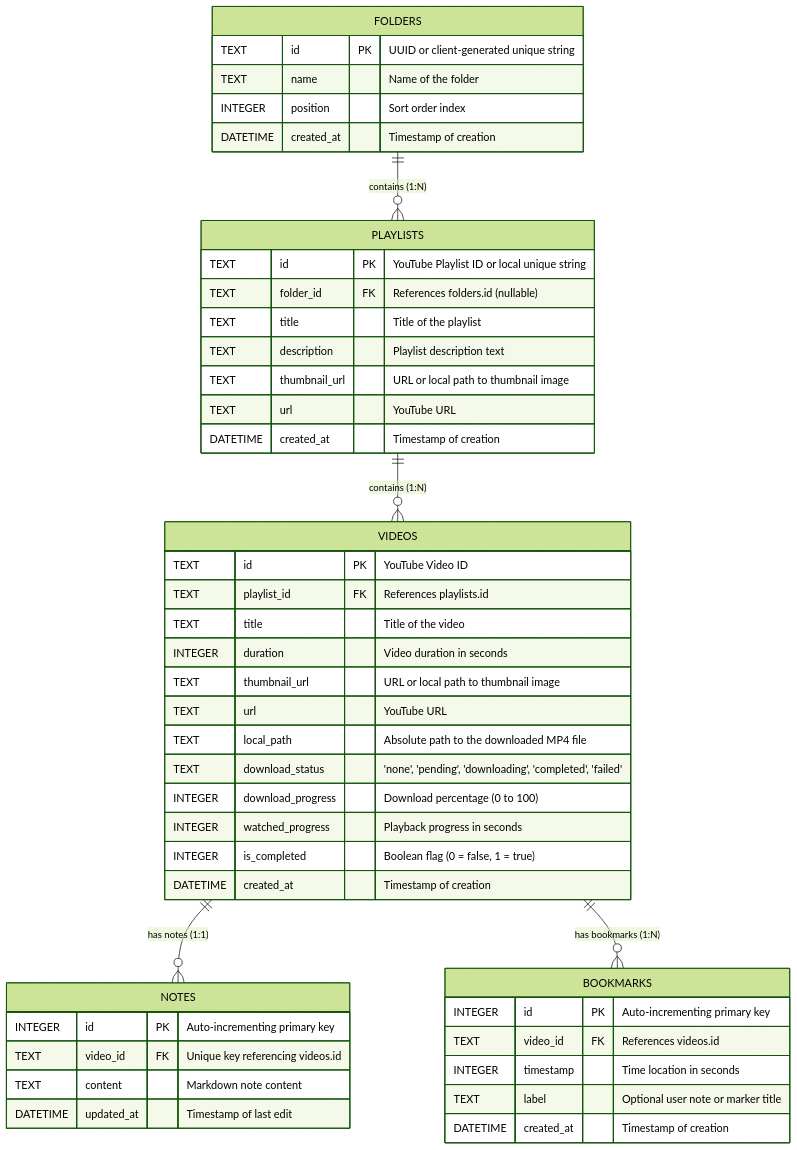
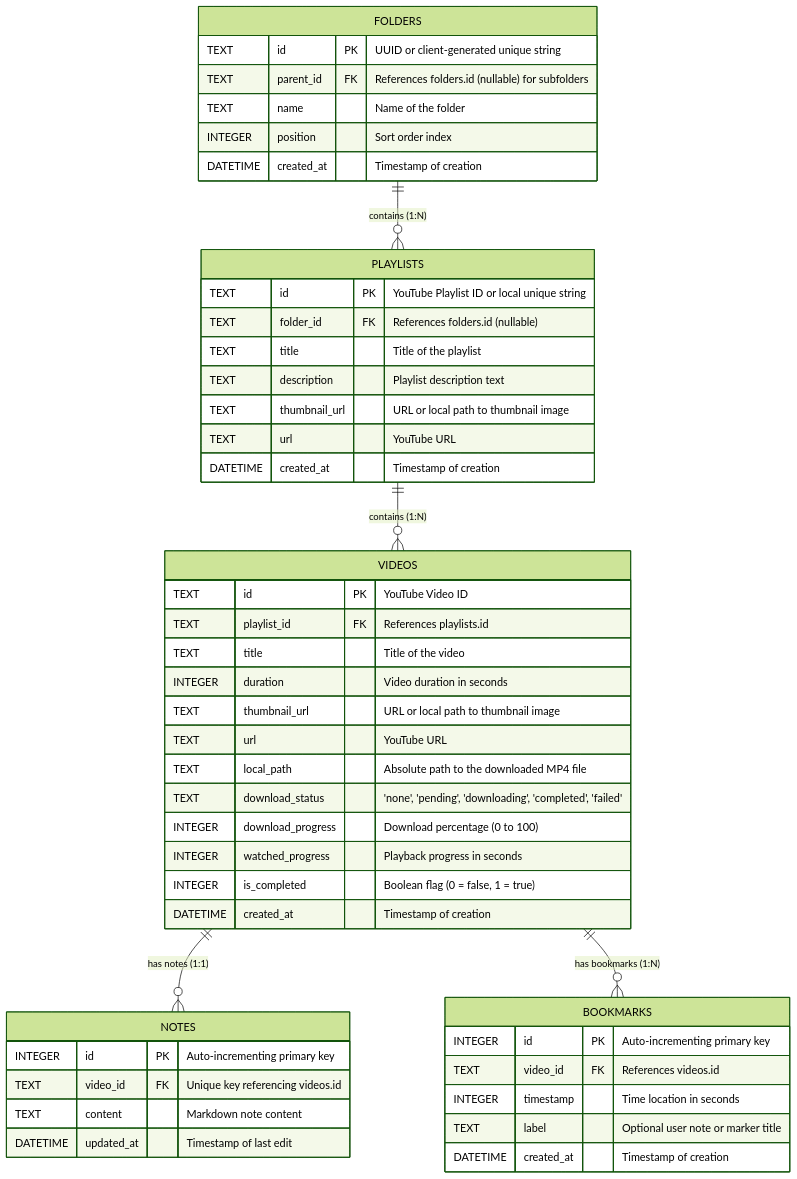
The diagram in docs/database_design.md (TheShahnawaaz/LecTura), drawn with Mermaid (forest theme) before and after one commit. The commit also changed other lines of this file and 7 other files, not shown here.

````diff
--- a/docs/database_design.md
+++ b/docs/database_design.md
@@ -21,54 +21,55 @@
 ```mermaid
 erDiagram
     FOLDERS ||--o{ PLAYLISTS : "contains (1:N)"
     PLAYLISTS ||--o{ VIDEOS : "contains (1:N)"
     VIDEOS ||--o{ NOTES : "has notes (1:1)"
     VIDEOS ||--o{ BOOKMARKS : "has bookmarks (1:N)"
 
     FOLDERS {
         TEXT id PK "UUID or client-generated unique string"
+        TEXT parent_id FK "References folders.id (nullable) for subfolders"
         TEXT name "Name of the folder"
         INTEGER position "Sort order index"
         DATETIME created_at "Timestamp of creation"
     }
 
     PLAYLISTS {
         TEXT id PK "YouTube Playlist ID or local unique string"
         TEXT folder_id FK "References folders.id (nullable)"
         TEXT title "Title of the playlist"
         TEXT description "Playlist description text"
         TEXT thumbnail_url "URL or local path to thumbnail image"
         TEXT url "YouTube URL"
         DATETIME created_at "Timestamp of creation"
     }
 
     VIDEOS {
         TEXT id PK "YouTube Video ID"
         TEXT playlist_id FK "References playlists.id"
         TEXT title "Title of the video"
         INTEGER duration "Video duration in seconds"
         TEXT thumbnail_url "URL or local path to thumbnail image"
         TEXT url "YouTube URL"
         TEXT local_path "Absolute path to the downloaded MP4 file"
         TEXT download_status "'none', 'pending', 'downloading', 'completed', 'failed'"
         INTEGER download_progress "Download percentage (0 to 100)"
         INTEGER watched_progress "Playback progress in seconds"
         INTEGER is_completed "Boolean flag (0 = false, 1 = true)"
         DATETIME created_at "Timestamp of creation"
     }
 
     NOTES {
         INTEGER id PK "Auto-incrementing primary key"
         TEXT video_id FK "Unique key referencing videos.id"
         TEXT content "Markdown note content"
         DATETIME updated_at "Timestamp of last edit"
     }
 
     BOOKMARKS {
         INTEGER id PK "Auto-incrementing primary key"
         TEXT video_id FK "References videos.id"
         INTEGER timestamp "Time location in seconds"
         TEXT label "Optional user note or marker title"
         DATETIME created_at "Timestamp of creation"
     }
 ```
````
